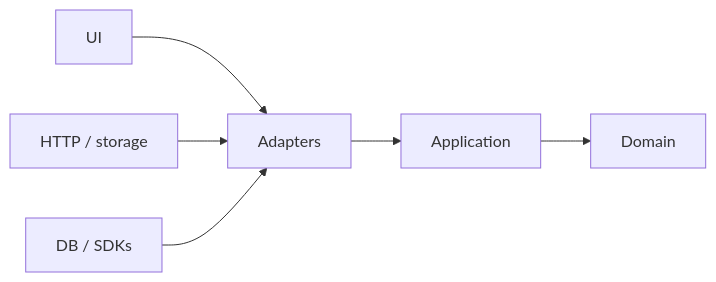
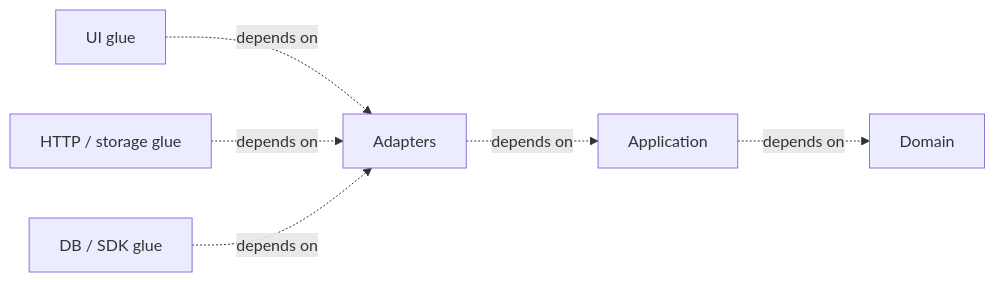
The first of 3 diagrams in foundations/dependency-boundaries.md (AndresTaoFlorez/software-architecture), drawn with Mermaid before and after one commit. The commit also changed other lines of this file and 21 other files, not shown here.

````diff
--- a/foundations/dependency-boundaries.md
+++ b/foundations/dependency-boundaries.md
@@ -17,7 +17,7 @@
 ```mermaid
 flowchart LR
-    UI["UI"] --> AD["Adapters"]
-    HTTP["HTTP / storage"] --> AD
-    DB["DB / SDKs"] --> AD
-    AD --> APP["Application"] --> D["Domain"]
+    UI["UI glue"] -. "depends on" .-> AD["Adapters"]
+    HTTP["HTTP / storage glue"] -. "depends on" .-> AD
+    DB["DB / SDK glue"] -. "depends on" .-> AD
+    AD -. "depends on" .-> APP["Application"] -. "depends on" .-> D["Domain"]
 ```
````
